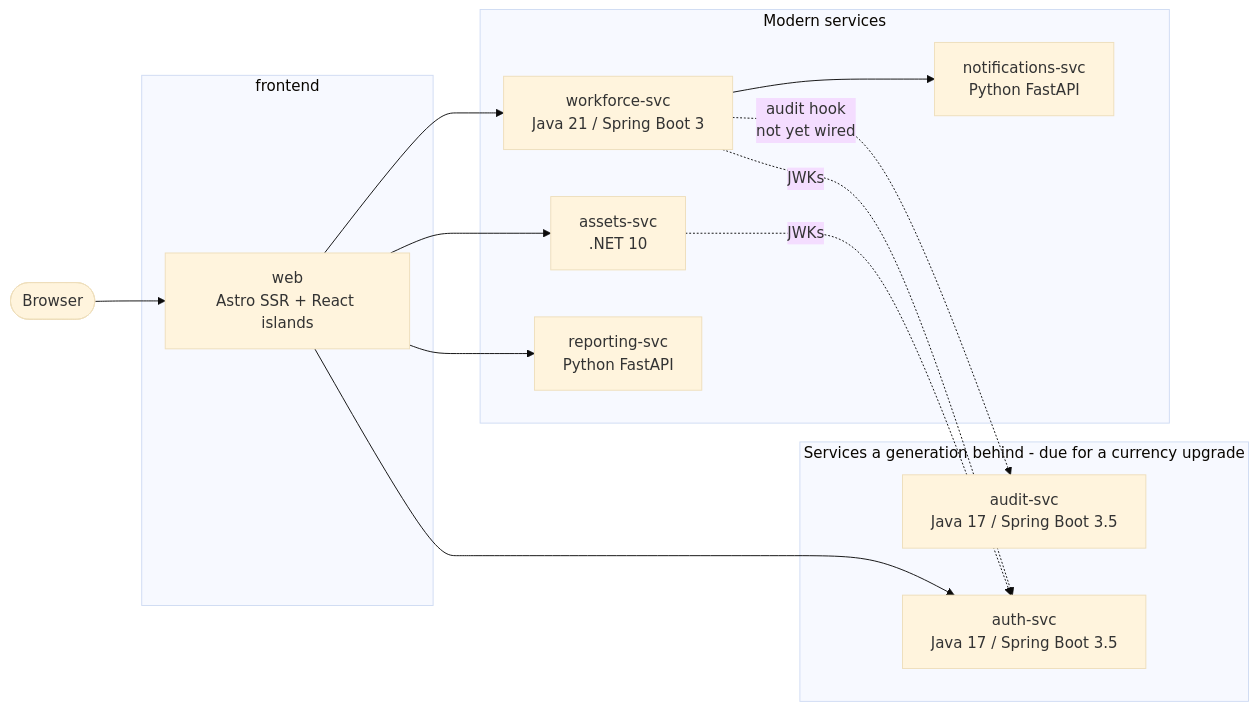
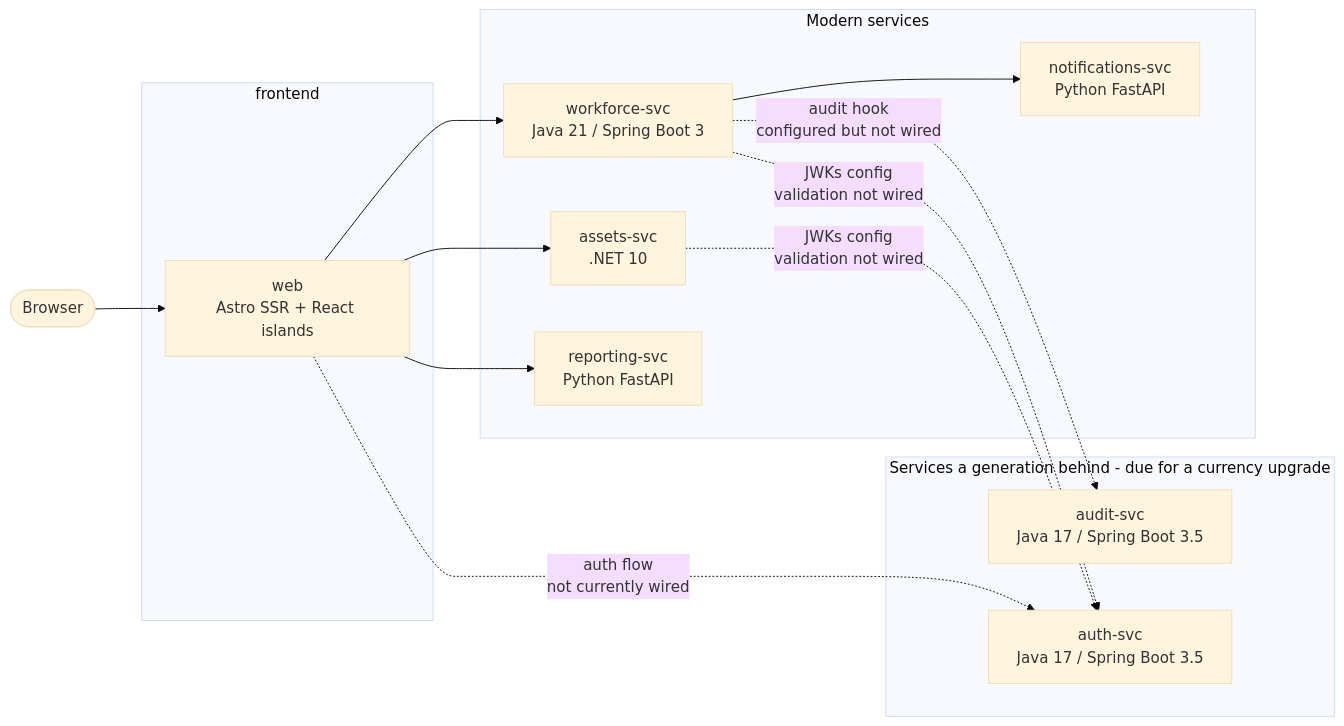
Before and after one commit to dkesseler/AssetTrack: the diagram in README.md, drawn with Mermaid (base theme). The commit also changed other lines of this file and 1 other file, not shown here.

Commit message:
Update architecture documentation

````diff
--- a/README.md
+++ b/README.md
@@ -12,29 +14,29 @@
 ```mermaid
 flowchart LR
     browser([Browser]) --> web
 
     subgraph frontend
       web[web<br/>Astro SSR + React islands]
     end
 
     subgraph modern[Modern services]
       assets[assets-svc<br/>.NET 10]
       workforce[workforce-svc<br/>Java 21 / Spring Boot 3]
       reporting[reporting-svc<br/>Python FastAPI]
       notifications[notifications-svc<br/>Python FastAPI]
     end
 
     subgraph behind[Services a generation behind - due for a currency upgrade]
       audit[audit-svc<br/>Java 17 / Spring Boot 3.5]
       auth[auth-svc<br/>Java 17 / Spring Boot 3.5]
     end
 
     web --> assets
     web --> workforce
     web --> reporting
-    web --> auth
-    workforce -.audit hook<br/>not yet wired.-> audit
+    web -.auth flow<br/>not currently wired.-> auth
+    workforce -.audit hook<br/>configured but not wired.-> audit
     workforce --> notifications
-    assets -.JWKs.-> auth
-    workforce -.JWKs.-> auth
+    assets -.JWKs config<br/>validation not wired.-> auth
+    workforce -.JWKs config<br/>validation not wired.-> auth
 ```
````
